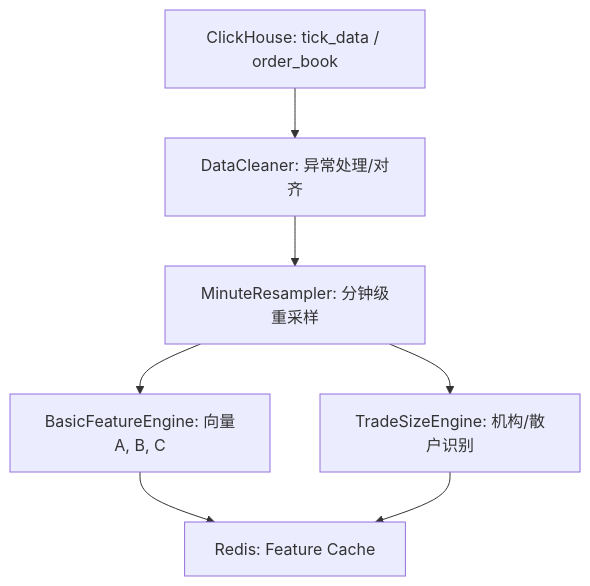
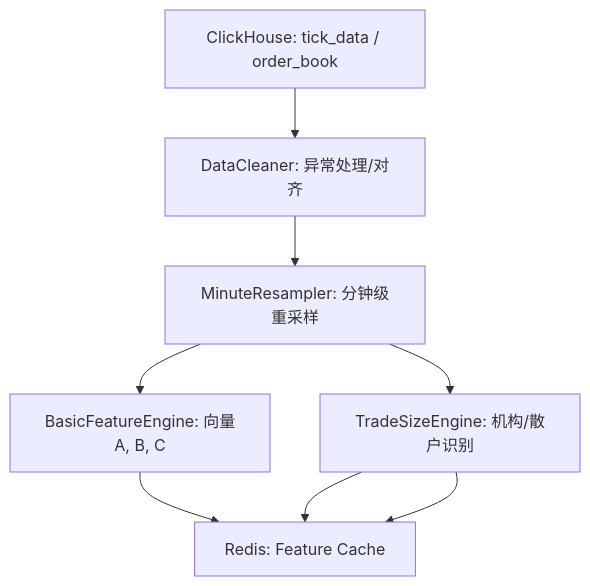
One commit to bxgh/microservice-stock-ck changed the diagram in services/quant-strategy/docs/design/分笔数据/epic_part_1_foundation.md. Above: the diagram before and after it, drawn with Mermaid. The commit also changed other lines of this file and 9 other files, not shown here.

````diff
--- a/services/quant-strategy/docs/design/分笔数据/epic_part_1_foundation.md
+++ b/services/quant-strategy/docs/design/分笔数据/epic_part_1_foundation.md
@@ -22,9 +22,10 @@
 ```mermaid
 graph TD
     Data[ClickHouse: tick_data / order_book] --> Cleaner[DataCleaner: 异常处理/对齐]
     Cleaner --> Resampler[MinuteResampler: 分钟级重采样]
     Resampler --> BasicFeats[BasicFeatureEngine: 向量A, B, C]
     Resampler --> TraderFeats[TradeSizeEngine: 机构/散户识别]
     BasicFeats --> FeatureStore[Redis: Feature Cache]
     TraderFeats --> FeatureStore
+    TraderFeats --> FeatureStore
 ```
````
